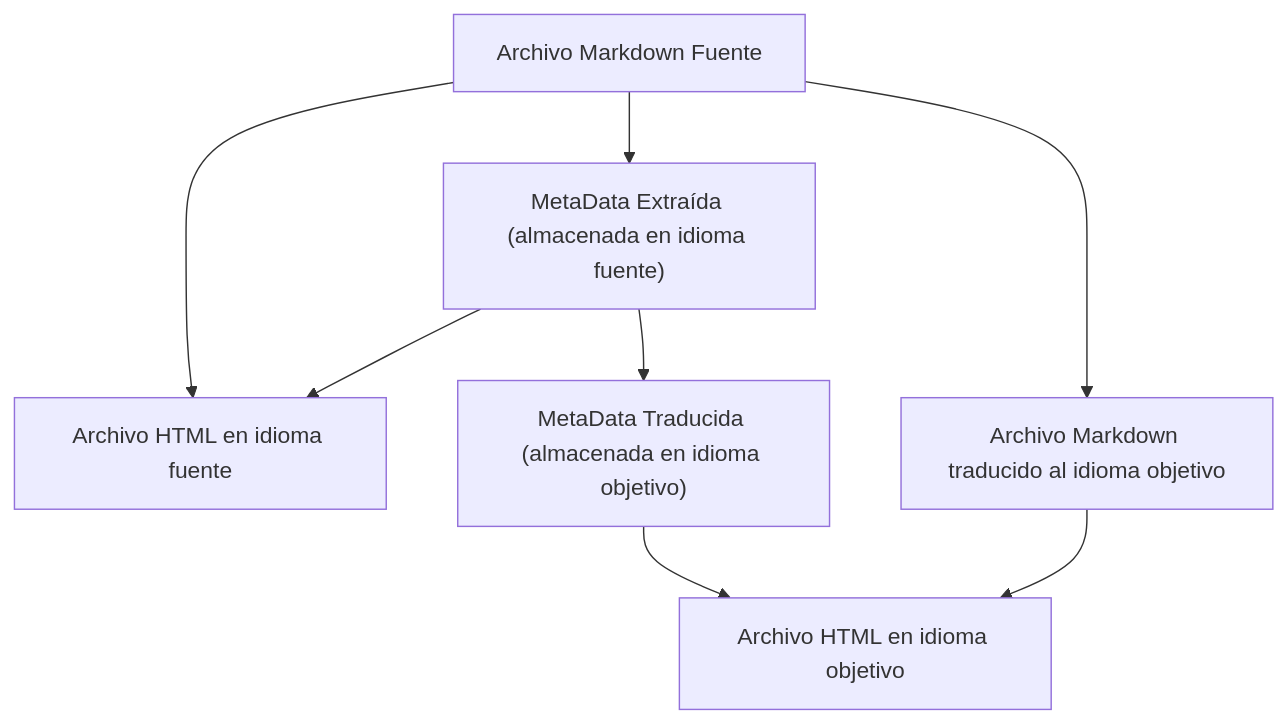
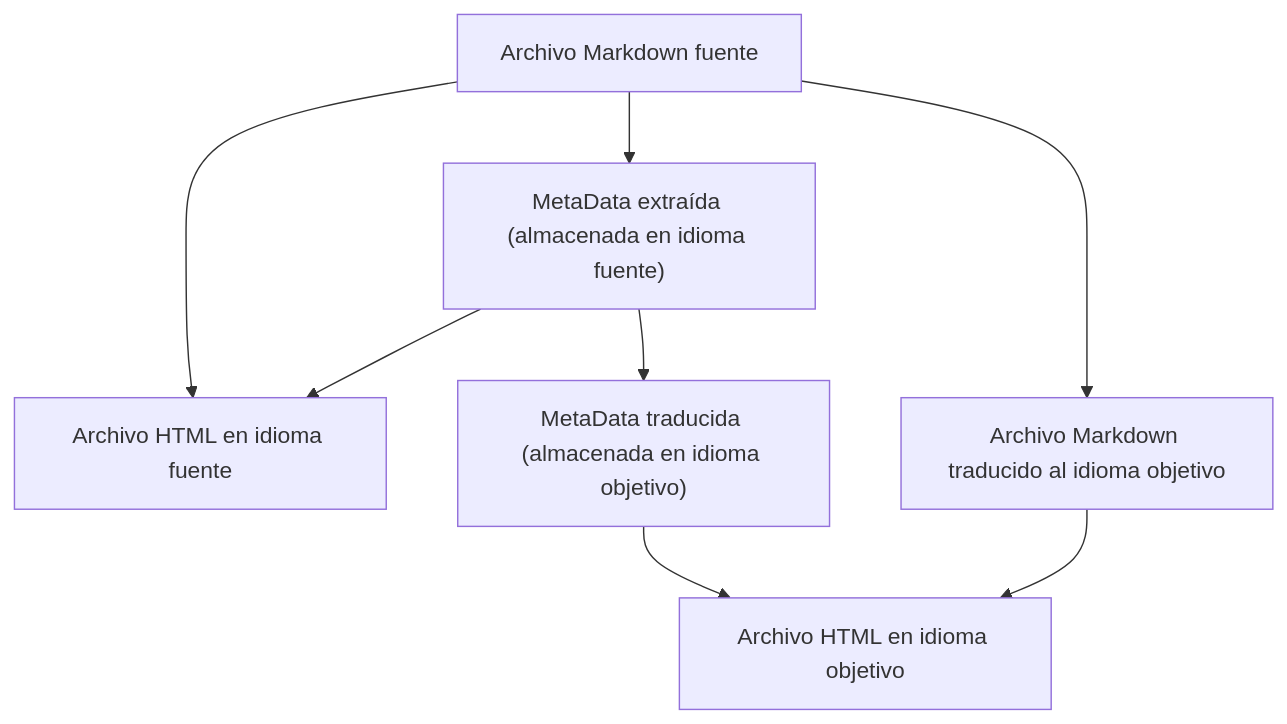
The diagram in .czon/src/es-ES/LOGS/28.md (zccz14/README), drawn with Mermaid before and after one commit. The commit also changed other lines of this file and 293 other files, not shown here.

````diff
--- a/.czon/src/es-ES/LOGS/28.md
+++ b/.czon/src/es-ES/LOGS/28.md
@@ -45,10 +30,10 @@
 ```mermaid
 flowchart TD
-    A[Archivo Markdown Fuente] --> B["MetaData Extraída (almacenada en idioma fuente)"]
+    A[Archivo Markdown fuente] --> B["MetaData extraída (almacenada en idioma fuente)"]
     A --> F[Archivo HTML en idioma fuente]
     A --> C[Archivo Markdown traducido al idioma objetivo]
-    B --> D["MetaData Traducida (almacenada en idioma objetivo)"]
+    B --> D["MetaData traducida (almacenada en idioma objetivo)"]
     D --> E
     C --> E[Archivo HTML en idioma objetivo]
     B --> F
 ```
````
